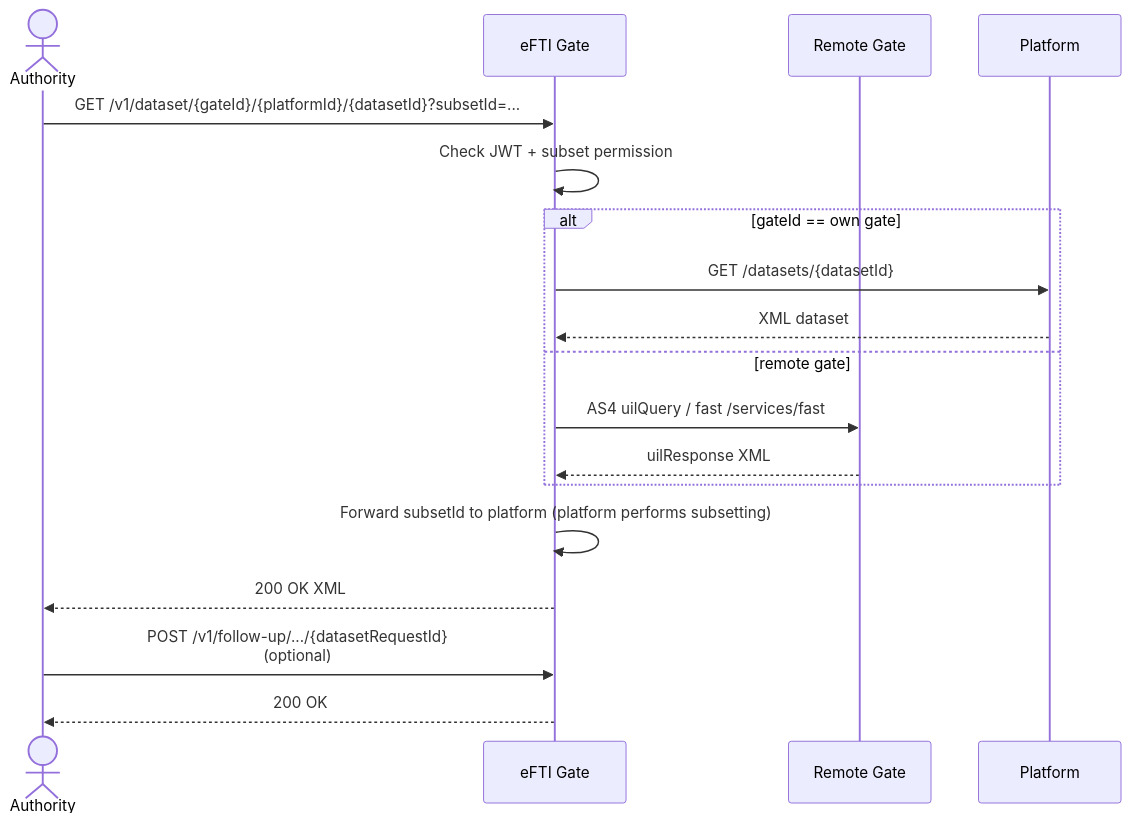
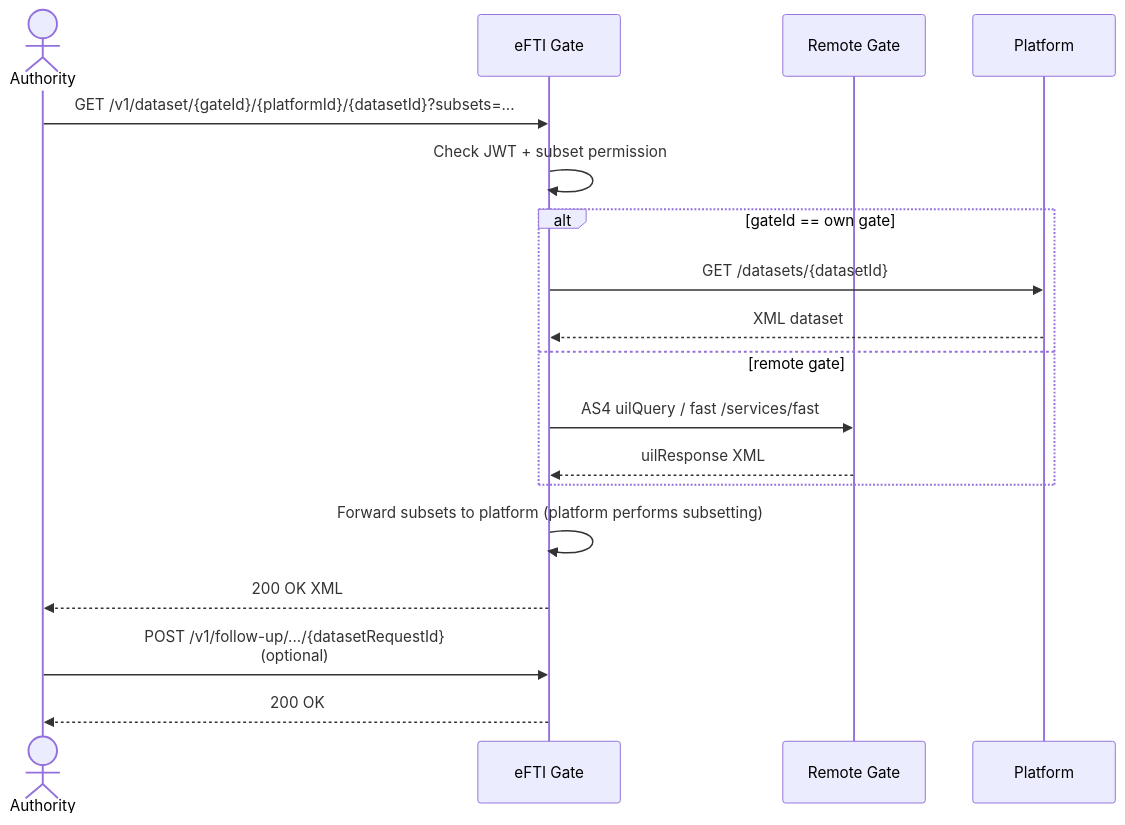
One commit to kemit-ee/efti-gate-ee changed the diagram in docs/architecture/core-functionality/dataset_retrieval_and_follow_up.md. Above: the diagram before and after it, drawn with Mermaid. The commit also changed 15 other files, not shown here.

First line of the commit message:
docs(specs): name the dataset subset parameter 'subsets' everywhere, EU01-EU07 only in examples (#362)

````diff
--- a/docs/architecture/core-functionality/dataset_retrieval_and_follow_up.md
+++ b/docs/architecture/core-functionality/dataset_retrieval_and_follow_up.md
@@ -11,20 +11,20 @@
 ```mermaid
 sequenceDiagram
     actor Officer as Authority
     participant Gate as eFTI Gate
     participant Remote as Remote Gate
     participant Platform
-    Officer->>Gate: GET /v1/dataset/{gateId}/{platformId}/{datasetId}?subsetId=...
+    Officer->>Gate: GET /v1/dataset/{gateId}/{platformId}/{datasetId}?subsets=...
     Gate->>Gate: Check JWT + subset permission
     alt gateId == own gate
         Gate->>Platform: GET /datasets/{datasetId}
         Platform-->>Gate: XML dataset
     else remote gate
         Gate->>Remote: AS4 uilQuery / fast /services/fast
         Remote-->>Gate: uilResponse XML
     end
-    Gate->>Gate: Forward subsetId to platform (platform performs subsetting)
+    Gate->>Gate: Forward subsets to platform (platform performs subsetting)
     Gate-->>Officer: 200 OK XML
     Officer->>Gate: POST /v1/follow-up/.../{datasetRequestId}<br/>(optional)
     Gate-->>Officer: 200 OK
 ```
````
